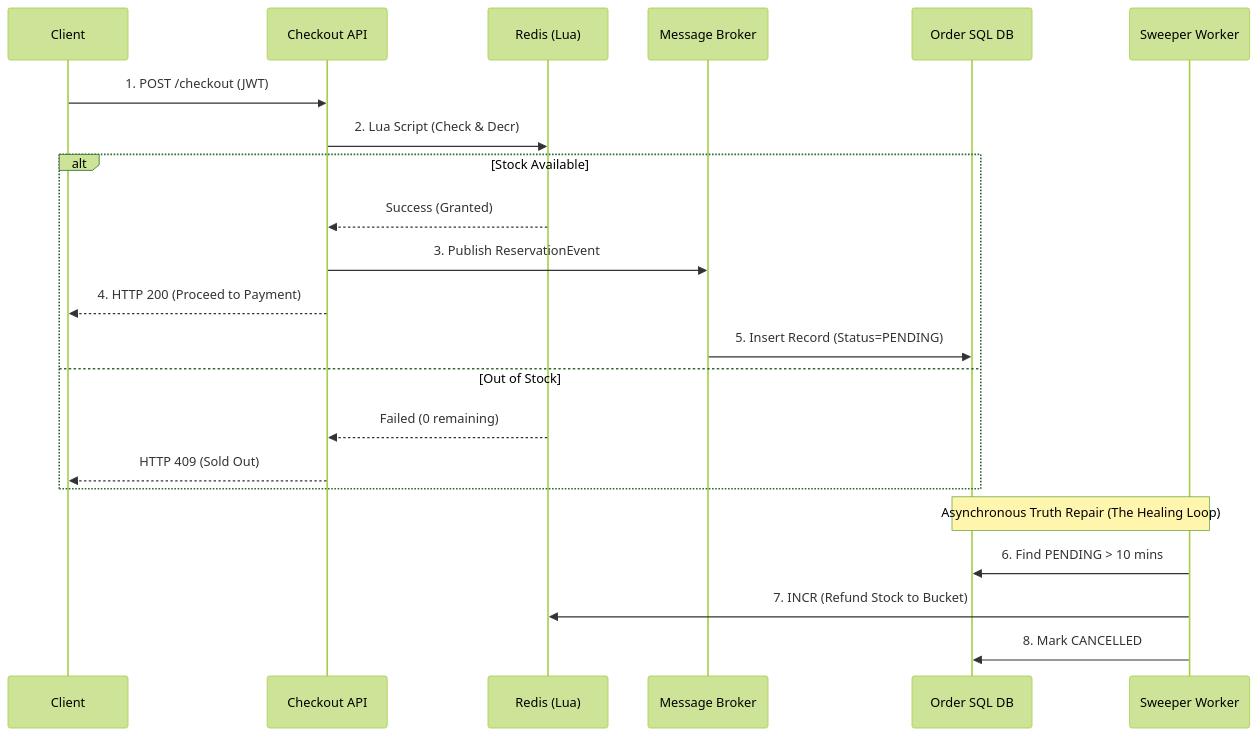
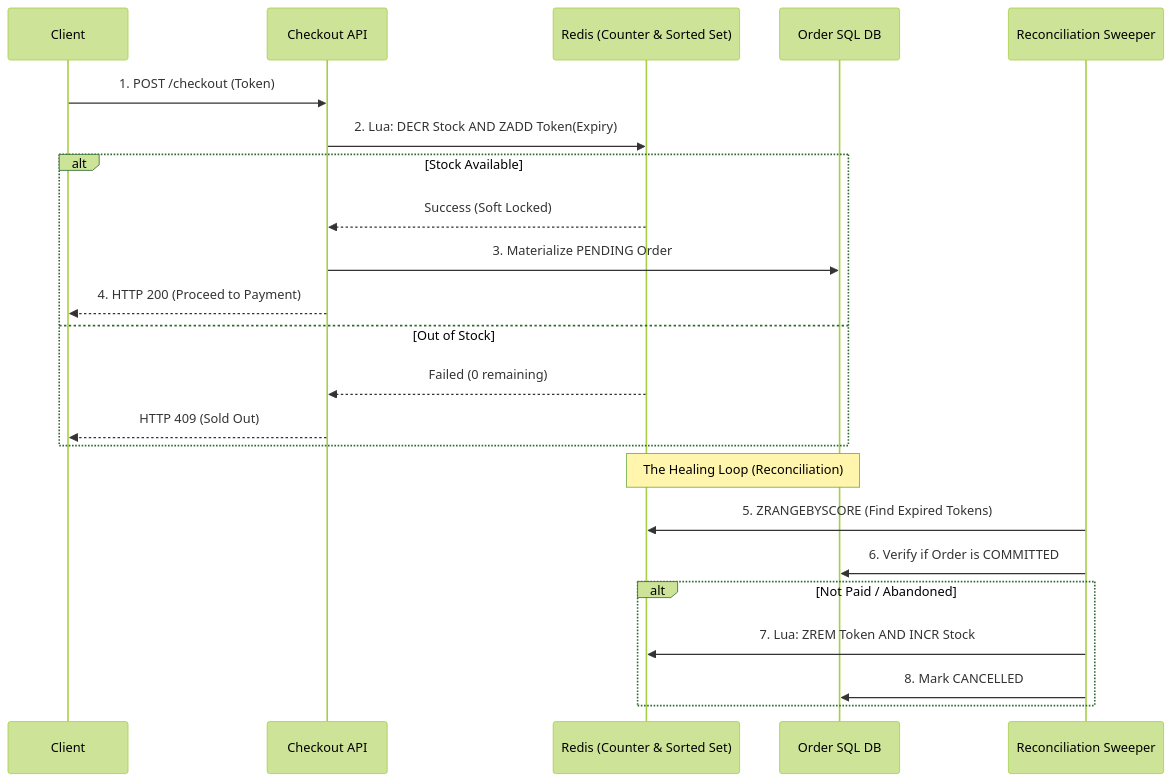
The diagram in content/posts/series_3/3.global_flash_sale_engine_inventory.md (tuanhiep/tuanhiep.github.io), drawn with Mermaid (forest theme) before and after one commit. The commit also changed other lines of this file, not shown here.

````diff
--- a/content/posts/series_3/3.global_flash_sale_engine_inventory.md
+++ b/content/posts/series_3/3.global_flash_sale_engine_inventory.md
@@ -124,28 +120,29 @@
 ```mermaid
 sequenceDiagram
     participant C as Client
     participant API as Checkout API
-    participant R as Redis (Lua)
-    participant MQ as Message Broker
+    participant R as Redis (Counter & Sorted Set)
     participant DB as Order SQL DB
-    participant W as Sweeper Worker
+    participant W as Reconciliation Sweeper
 
-    C->>API: 1. POST /checkout (JWT)
-    API->>R: 2. Lua Script (Check & Decr)
+    C->>API: 1. POST /checkout (Token)
+    API->>R: 2. Lua: DECR Stock AND ZADD Token(Expiry)
     
     alt Stock Available
-        R-->>API: Success (Granted)
-        API->>MQ: 3. Publish ReservationEvent
+        R-->>API: Success (Soft Locked)
+        API->>DB: 3. Materialize PENDING Order
         API-->>C: 4. HTTP 200 (Proceed to Payment)
-        MQ->>DB: 5. Insert Record (Status=PENDING)
     else Out of Stock
         R-->>API: Failed (0 remaining)
         API-->>C: HTTP 409 (Sold Out)
     end
 
-    Note over DB,W: Asynchronous Truth Repair (The Healing Loop)
-    W->>DB: 6. Find PENDING > 10 mins
-    W->>R: 7. INCR (Refund Stock to Bucket)
-    W->>DB: 8. Mark CANCELLED
+    Note over R,DB: The Healing Loop (Reconciliation)
+    W->>R: 5. ZRANGEBYSCORE (Find Expired Tokens)
+    W->>DB: 6. Verify if Order is COMMITTED
+    alt Not Paid / Abandoned
+        W->>R: 7. Lua: ZREM Token AND INCR Stock
+        W->>DB: 8. Mark CANCELLED
+    end
 
 ```
````
